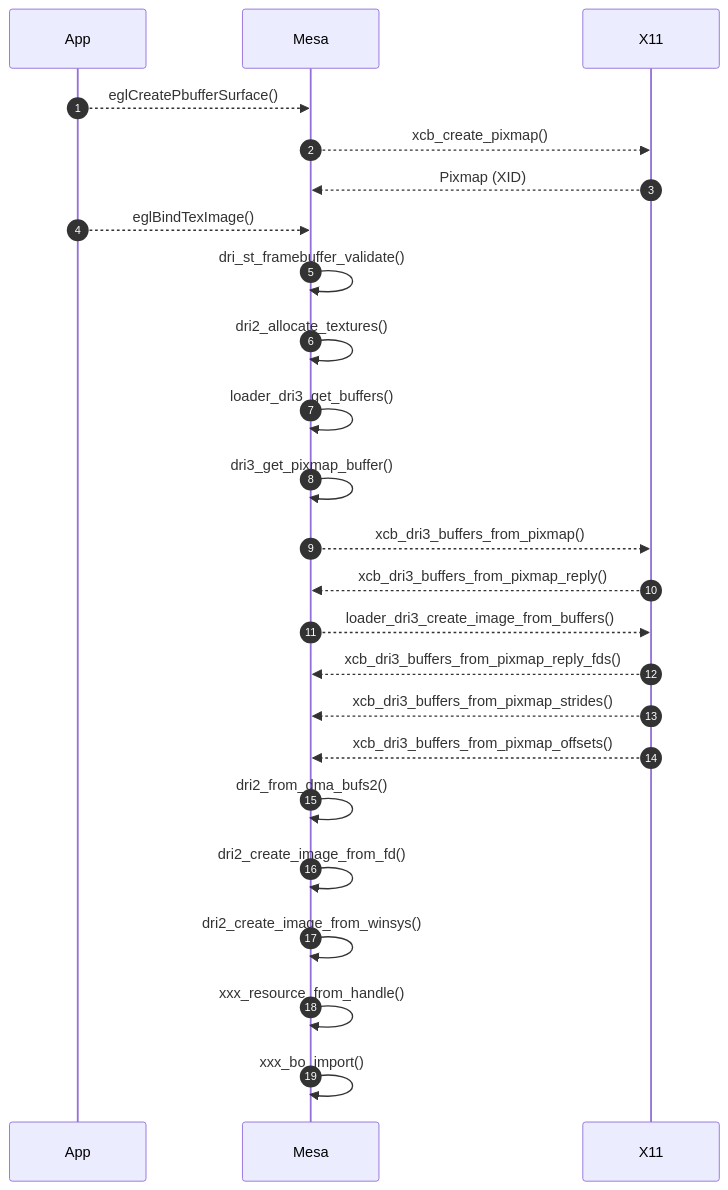
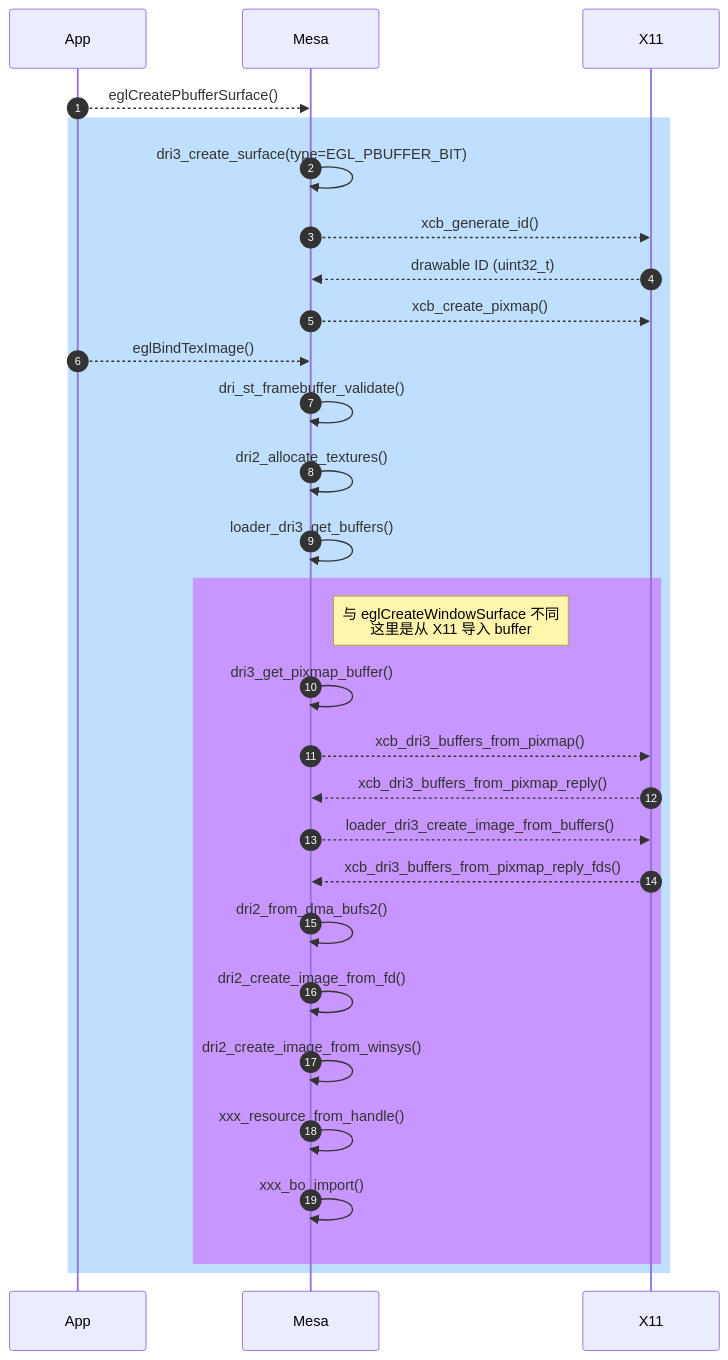
The second of 2 diagrams in source/_posts/gfx/dri.md (lucmann/lucmann.github.io), drawn with Mermaid before and after one commit.

Commit message:
gfx: dri3_alloc_render_buffer mermaid

````diff
--- a/source/_posts/gfx/dri.md
+++ b/source/_posts/gfx/dri.md
@@ -64,27 +64,32 @@
 ```mermaid
 sequenceDiagram
     autonumber
     participant App
     participant Mesa
     participant X11
 
     App-->>Mesa: eglCreatePbufferSurface()
+    rect rgb(191, 223, 255)
+    Mesa->>Mesa: dri3_create_surface(type=EGL_PBUFFER_BIT)
+    Mesa-->>X11: xcb_generate_id()
+    X11-->>Mesa: drawable ID (uint32_t)
     Mesa-->>X11: xcb_create_pixmap()
-    X11-->>Mesa: Pixmap (XID)
     App-->>Mesa: eglBindTexImage()
     Mesa->>Mesa: dri_st_framebuffer_validate()
     Mesa->>Mesa: dri2_allocate_textures()
     Mesa->>Mesa: loader_dri3_get_buffers()
+    rect rgb(200, 150, 255)
+    note right of Mesa: 与 eglCreateWindowSurface 不同<br/>这里是从 X11 导入 buffer
     Mesa->>Mesa: dri3_get_pixmap_buffer()
     Mesa-->>X11: xcb_dri3_buffers_from_pixmap()
     X11-->>Mesa: xcb_dri3_buffers_from_pixmap_reply()
     Mesa-->>X11: loader_dri3_create_image_from_buffers()
     X11-->>Mesa: xcb_dri3_buffers_from_pixmap_reply_fds()
-    X11-->>Mesa: xcb_dri3_buffers_from_pixmap_strides()
-    X11-->>Mesa: xcb_dri3_buffers_from_pixmap_offsets()
     Mesa->>Mesa: dri2_from_dma_bufs2()
     Mesa->>Mesa: dri2_create_image_from_fd()
     Mesa->>Mesa: dri2_create_image_from_winsys()
     Mesa->>Mesa: xxx_resource_from_handle()
     Mesa->>Mesa: xxx_bo_import()
+    end
+    end
 ```
````
